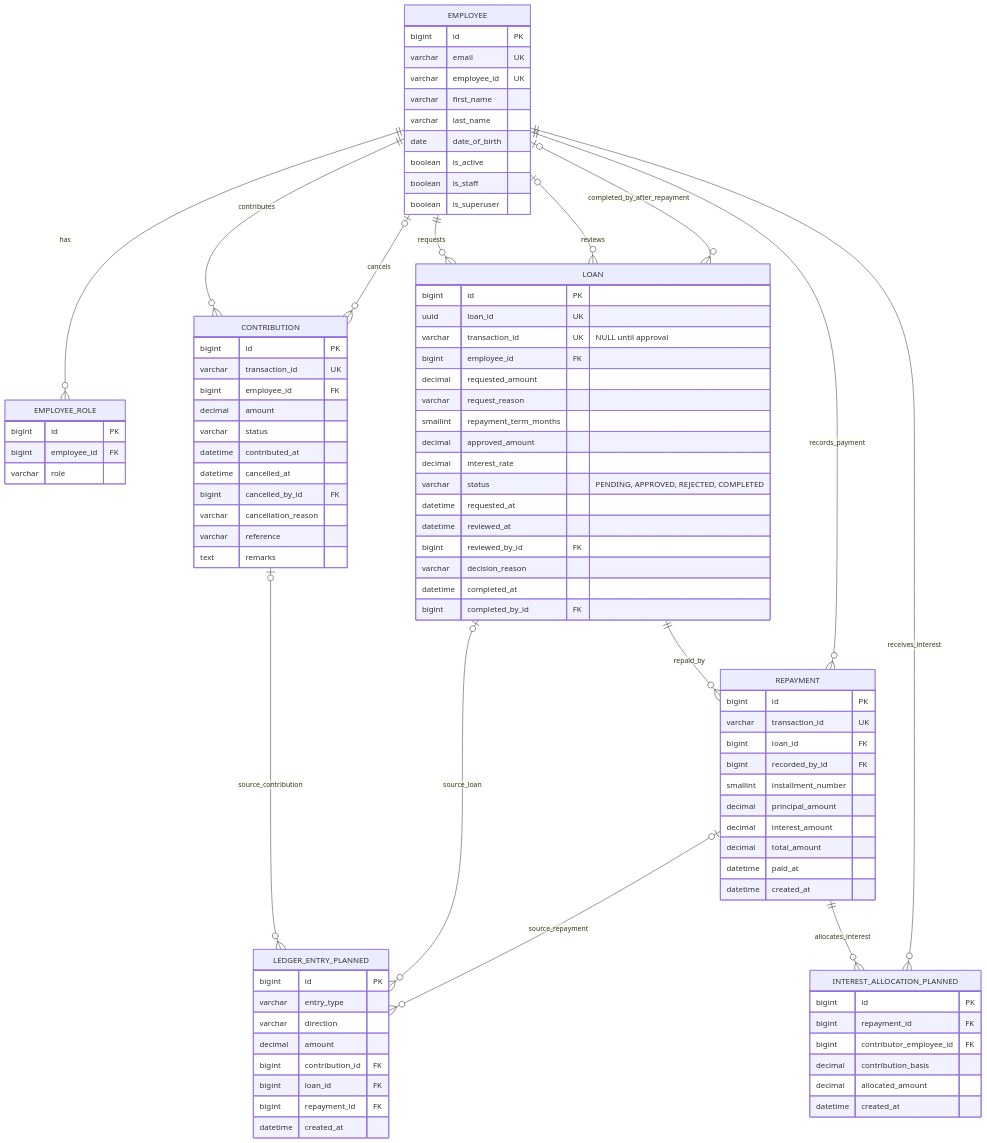
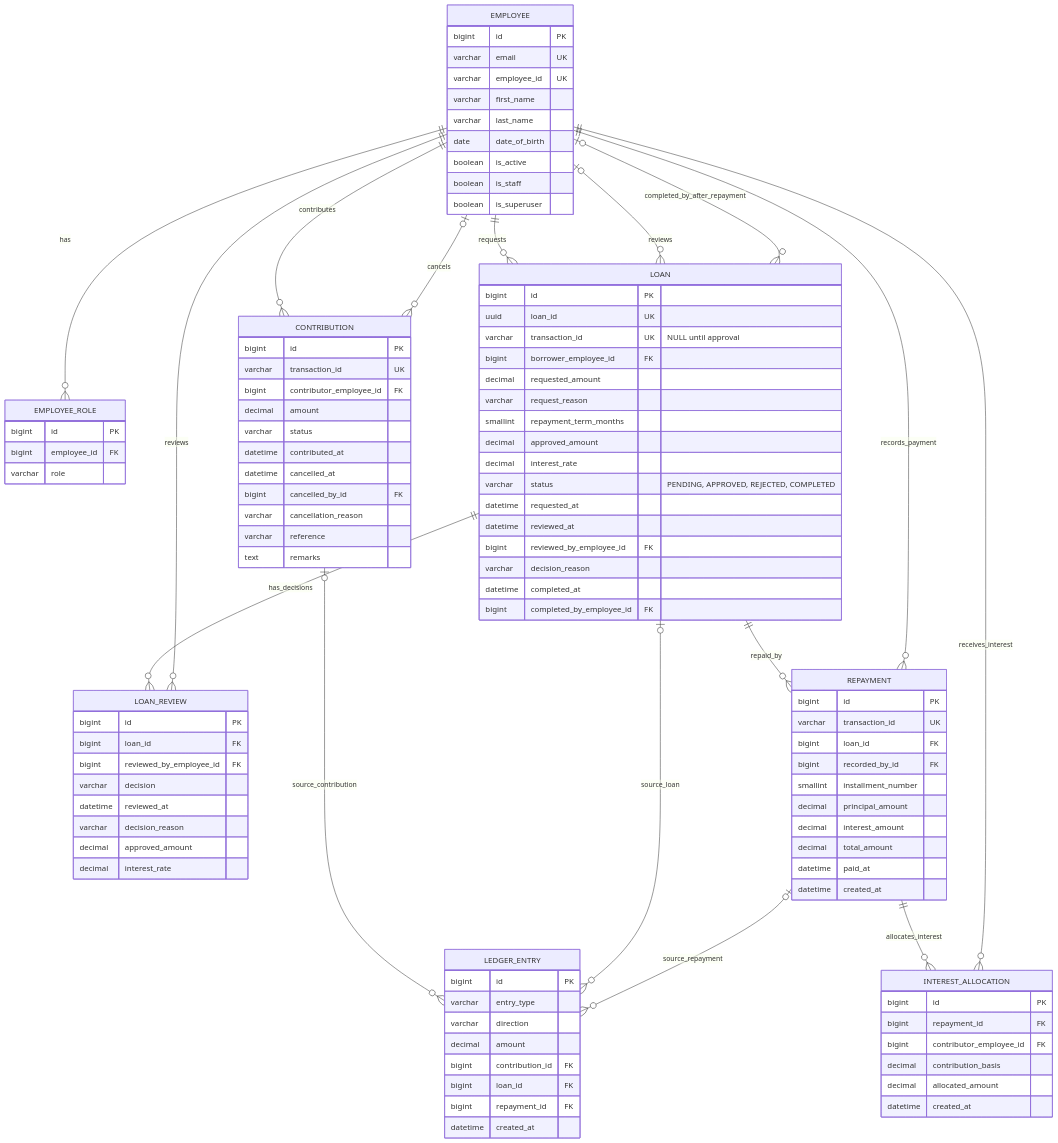
The second of 3 diagrams in docs/ERD.md (Gowthamraj-Bommannan/lending_system), drawn with Mermaid before and after one commit. The commit also changed other lines of this file and 33 other files, not shown here.

```diff
--- a/docs/ERD.md
+++ b/docs/ERD.md
@@ -104,13 +118,15 @@
     EMPLOYEE ||--o{ LOAN : requests
     EMPLOYEE o|--o{ LOAN : reviews
     EMPLOYEE o|--o{ LOAN : completed_by_after_repayment
+    LOAN ||--o{ LOAN_REVIEW : has_decisions
+    EMPLOYEE ||--o{ LOAN_REVIEW : reviews
     LOAN ||--o{ REPAYMENT : repaid_by
     EMPLOYEE ||--o{ REPAYMENT : records_payment
-    REPAYMENT ||--o{ INTEREST_ALLOCATION_PLANNED : allocates_interest
-    EMPLOYEE ||--o{ INTEREST_ALLOCATION_PLANNED : receives_interest
-    CONTRIBUTION o|--o{ LEDGER_ENTRY_PLANNED : source_contribution
-    LOAN o|--o{ LEDGER_ENTRY_PLANNED : source_loan
-    REPAYMENT o|--o{ LEDGER_ENTRY_PLANNED : source_repayment
+    REPAYMENT ||--o{ INTEREST_ALLOCATION : allocates_interest
+    EMPLOYEE ||--o{ INTEREST_ALLOCATION : receives_interest
+    CONTRIBUTION o|--o{ LEDGER_ENTRY : source_contribution
+    LOAN o|--o{ LEDGER_ENTRY : source_loan
+    REPAYMENT o|--o{ LEDGER_ENTRY : source_repayment
 
     EMPLOYEE {
         bigint id PK
@@ -133,7 +149,7 @@
     CONTRIBUTION {
         bigint id PK
         varchar transaction_id UK
-        bigint employee_id FK
+        bigint contributor_employee_id FK
         decimal amount
         varchar status
         datetime contributed_at
@@ -148,7 +164,7 @@
         bigint id PK
         uuid loan_id UK
         varchar transaction_id UK "NULL until approval"
-        bigint employee_id FK
+        bigint borrower_employee_id FK
         decimal requested_amount
         varchar request_reason
         smallint repayment_term_months
@@ -157,10 +173,21 @@
         varchar status "PENDING, APPROVED, REJECTED, COMPLETED"
         datetime requested_at
         datetime reviewed_at
-        bigint reviewed_by_id FK
+        bigint reviewed_by_employee_id FK
         varchar decision_reason
         datetime completed_at
-        bigint completed_by_id FK
+        bigint completed_by_employee_id FK
+    }
+
+    LOAN_REVIEW {
+        bigint id PK
+        bigint loan_id FK
+        bigint reviewed_by_employee_id FK
+        varchar decision
+        datetime reviewed_at
+        varchar decision_reason
+        decimal approved_amount
+        decimal interest_rate
     }
 
     REPAYMENT {
@@ -176,7 +203,7 @@
         datetime created_at
     }
 
-    INTEREST_ALLOCATION_PLANNED {
+    INTEREST_ALLOCATION {
         bigint id PK
         bigint repayment_id FK
         bigint contributor_employee_id FK
@@ -185,7 +212,7 @@
         datetime created_at
     }
 
-    LEDGER_ENTRY_PLANNED {
+    LEDGER_ENTRY {
         bigint id PK
         varchar entry_type
         varchar direction
```
